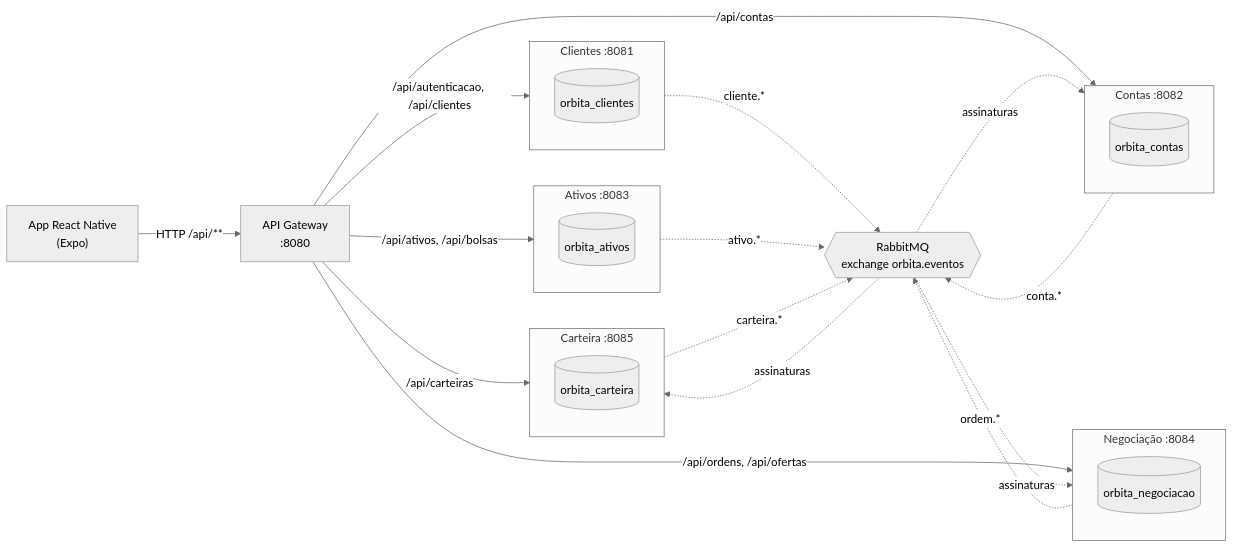
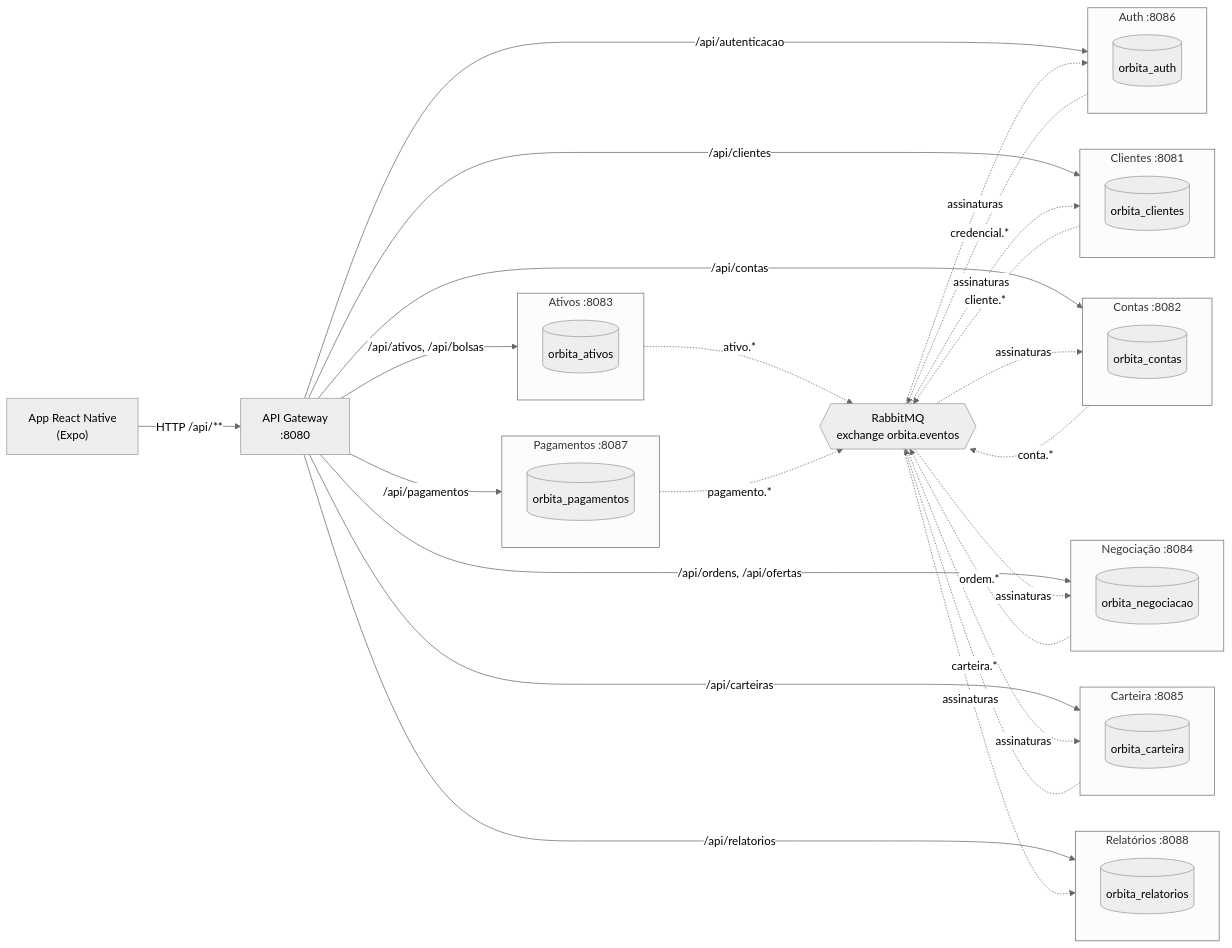
Before and after one commit to Endrigogustavo/OrbitaPay: the first of 3 diagrams in docs/context-map.md, drawn with Mermaid (neutral theme). The commit also changed other lines of this file and 757 other files, not shown here.

````diff
--- a/docs/context-map.md
+++ b/docs/context-map.md
@@ -7,34 +7,48 @@
 ```mermaid
 flowchart LR
     APP["App React Native<br/>(Expo)"] -->|"HTTP /api/**"| GW["API Gateway<br/>:8080"]
 
-    GW -->|"/api/autenticacao, /api/clientes"| CLI
+    GW -->|"/api/autenticacao"| AUT
+    GW -->|"/api/clientes"| CLI
     GW -->|"/api/contas"| CON
     GW -->|"/api/ativos, /api/bolsas"| ATV
     GW -->|"/api/ordens, /api/ofertas"| NEG
     GW -->|"/api/carteiras"| CAR
+    GW -->|"/api/pagamentos"| PAG
+    GW -->|"/api/relatorios"| REL
 
+    subgraph AUT["Auth :8086"]
+        AUTdb[(orbita_auth)]
+    end
     subgraph CLI["Clientes :8081"]
         CLIdb[(orbita_clientes)]
     end
     subgraph CON["Contas :8082"]
         CONdb[(orbita_contas)]
     end
     subgraph ATV["Ativos :8083"]
         ATVdb[(orbita_ativos)]
     end
     subgraph NEG["Negociação :8084"]
         NEGdb[(orbita_negociacao)]
     end
     subgraph CAR["Carteira :8085"]
         CARdb[(orbita_carteira)]
     end
+    subgraph PAG["Pagamentos :8087"]
+        PAGdb[(orbita_pagamentos)]
+    end
+    subgraph REL["Relatórios :8088"]
+        RELdb[(orbita_relatorios)]
+    end
 
     MQ{{"RabbitMQ<br/>exchange orbita.eventos"}}
+    AUT -.->|"credencial.*"| MQ
     CLI -.->|"cliente.*"| MQ
     ATV -.->|"ativo.*"| MQ
     NEG -.->|"ordem.*"| MQ
     CON -.->|"conta.*"| MQ
     CAR -.->|"carteira.*"| MQ
-    MQ -.->|"assinaturas"| CON & NEG & CAR
+    PAG -.->|"pagamento.*"| MQ
+    MQ -.->|"assinaturas"| AUT & CLI & CON & NEG & CAR & REL
 ```
````
